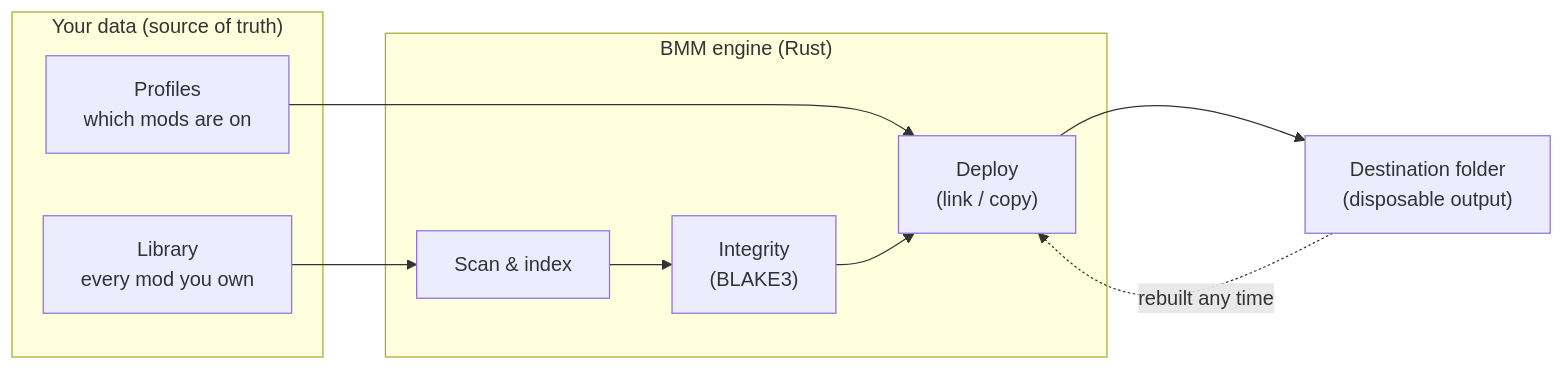
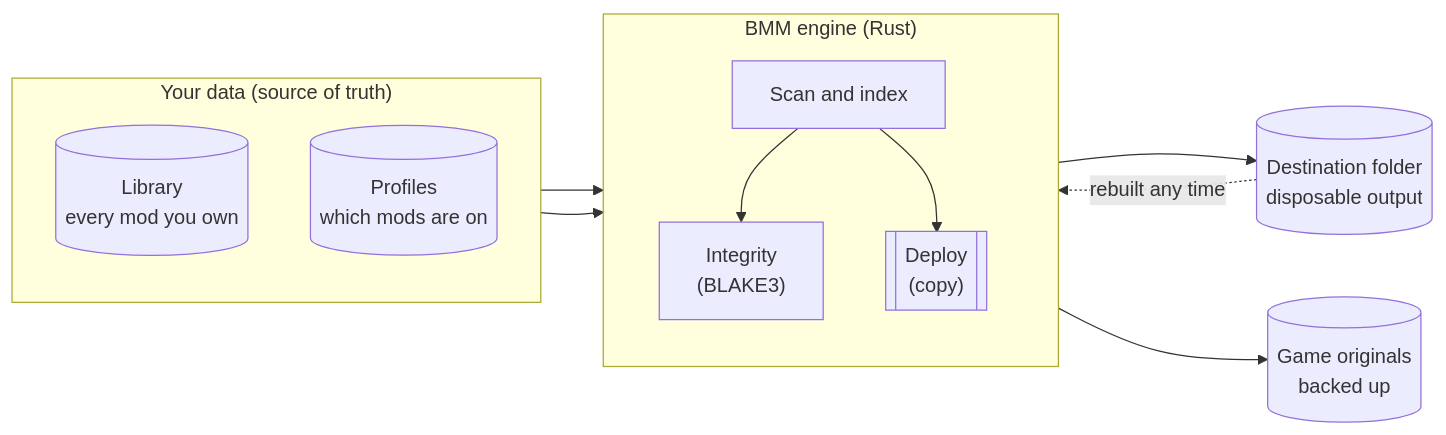
The diagram in frontend/assets/docs/en/how-it-works/index.md (FreeProject089/BetterModsManager), drawn with Mermaid before and after one commit. The commit also changed 176 other files, not shown here.

````diff
--- a/frontend/assets/docs/en/how-it-works/index.md
+++ b/frontend/assets/docs/en/how-it-works/index.md
@@ -17,18 +17,22 @@
 ```mermaid
 flowchart LR
-    subgraph Yours["Your data (source of truth)"]
-        LIB["Library<br/>every mod you own"]
-        PROF["Profiles<br/>which mods are on"]
+    subgraph YOURS["Your data (source of truth)"]
+        direction TB
+        LIB[("Library<br/>every mod you own")]
+        PROF[("Profiles<br/>which mods are on")]
     end
-    subgraph Engine["BMM engine (Rust)"]
-        SCAN["Scan &amp; index"]
+    subgraph ENGINE["BMM engine (Rust)"]
+        direction TB
+        SCAN["Scan and index"]
         HASH["Integrity<br/>(BLAKE3)"]
-        DEPLOY["Deploy<br/>(link / copy)"]
+        DEPLOY[["Deploy<br/>(copy)"]]
     end
-    GAME["Destination folder<br/>(disposable output)"]
-
+    GAME[("Destination folder<br/>disposable output")]
+    BAK[("Game originals<br/>backed up")]
     LIB --> SCAN --> HASH
+    SCAN --> DEPLOY
     PROF --> DEPLOY
-    HASH --> DEPLOY --> GAME
+    DEPLOY --> GAME
+    DEPLOY --> BAK
     GAME -. "rebuilt any time" .-> DEPLOY
 ```
````
